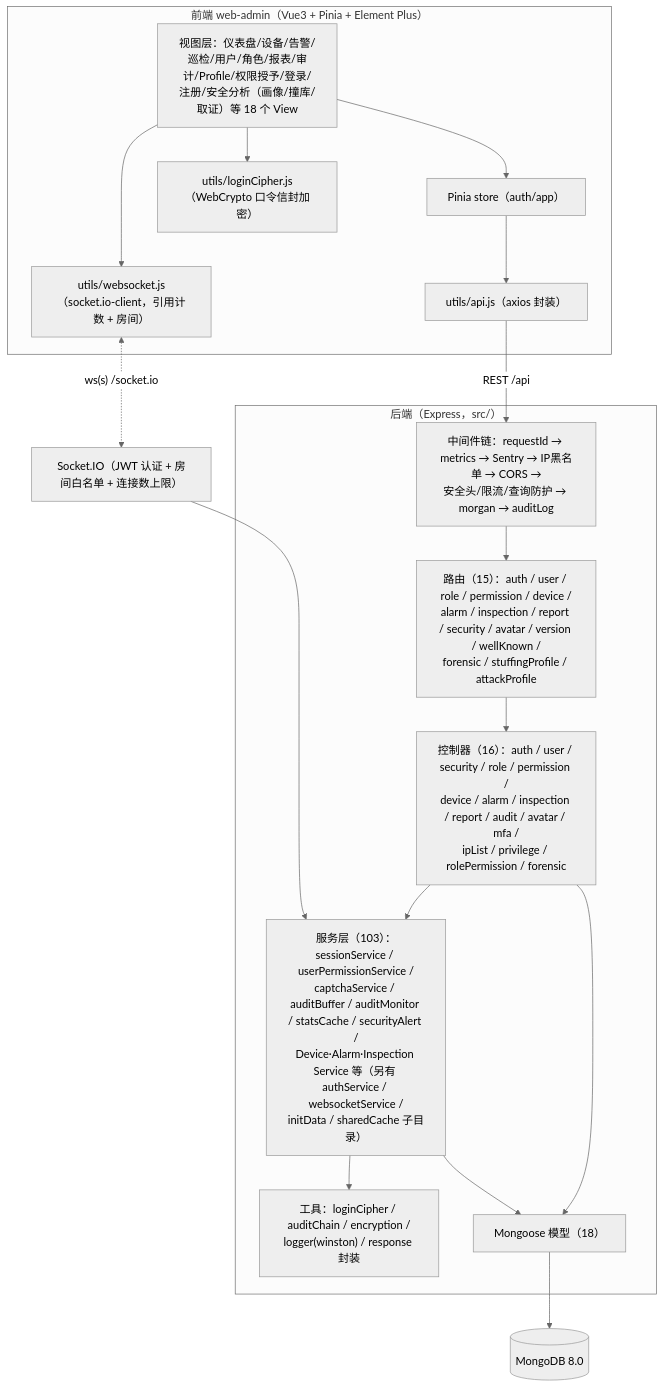
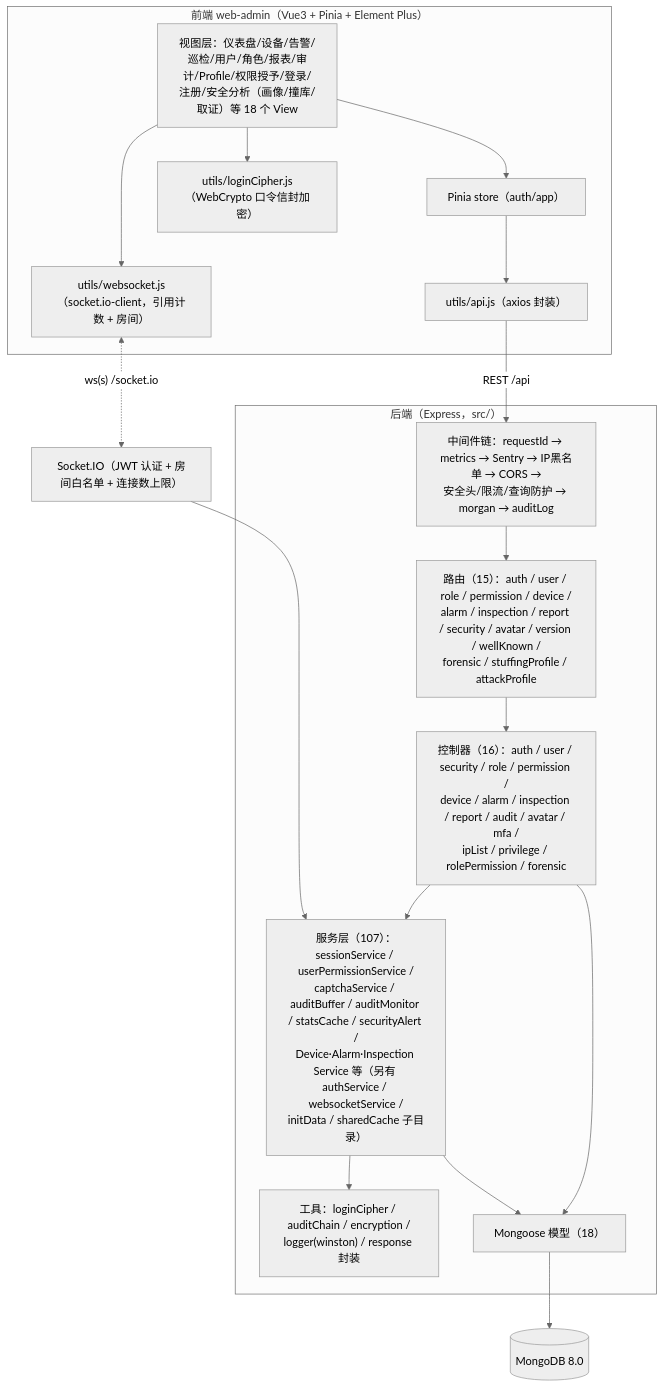
The first of 4 diagrams in docs/architecture.md (qmzzzzz/fsms), drawn with Mermaid (neutral theme) before and after one commit. The commit also changed 16 other files, not shown here.

````diff
--- a/docs/architecture.md
+++ b/docs/architecture.md
@@ -10,34 +10,34 @@
 ```mermaid
 flowchart TB
   subgraph Client["前端 web-admin（Vue3 + Pinia + Element Plus）"]
     Views["视图层：仪表盘/设备/告警/巡检/用户/角色/报表/审计/Profile/权限授予/登录/注册/安全分析（画像/撞库/取证）等 18 个 View"]
     Store["Pinia store（auth/app）"]
     Api["utils/api.js（axios 封装）"]
     Ws["utils/websocket.js（socket.io-client，引用计数 + 房间）"]
     Cipher["utils/loginCipher.js（WebCrypto 口令信封加密）"]
   end
 
   subgraph Backend["后端（Express，src/）"]
     MW["中间件链：requestId → metrics → Sentry → IP黑名单 → CORS →\n安全头/限流/查询防护 → morgan → auditLog"]
     Routes["路由（15）：auth / user / role / permission / device /\nalarm / inspection / report / security / avatar / version / wellKnown /\nforensic / stuffingProfile / attackProfile"]
     Ctrl["控制器（16）：auth / user / security / role / permission /\ndevice / alarm / inspection / report / audit / avatar / mfa /\nipList / privilege / rolePermission / forensic"]
-    Svc["服务层（103）：sessionService / userPermissionService /\ncaptchaService / auditBuffer / auditMonitor / statsCache / securityAlert /\nDevice·Alarm·Inspection Service 等（另有 authService / websocketService /\ninitData / sharedCache 子目录）"]
+    Svc["服务层（107）：sessionService / userPermissionService /\ncaptchaService / auditBuffer / auditMonitor / statsCache / securityAlert /\nDevice·Alarm·Inspection Service 等（另有 authService / websocketService /\ninitData / sharedCache 子目录）"]
     Utils["工具：loginCipher / auditChain / encryption /\nlogger(winston) / response 封装"]
     Models["Mongoose 模型（18）"]
   end
 
   Mongo[("MongoDB 8.0")]
   Socket["Socket.IO（JWT 认证 + 房间白名单 + 连接数上限）"]
 
   Views --> Store --> Api
   Views --> Ws
   Views --> Cipher
   Api -- "REST /api" --> MW --> Routes --> Ctrl
   Ctrl --> Svc
   Ctrl --> Models
   Svc --> Models
   Svc --> Utils
   Ws <-. "ws(s) /socket.io" .-> Socket
   Socket --> Svc
   Models --> Mongo
 ```
````
